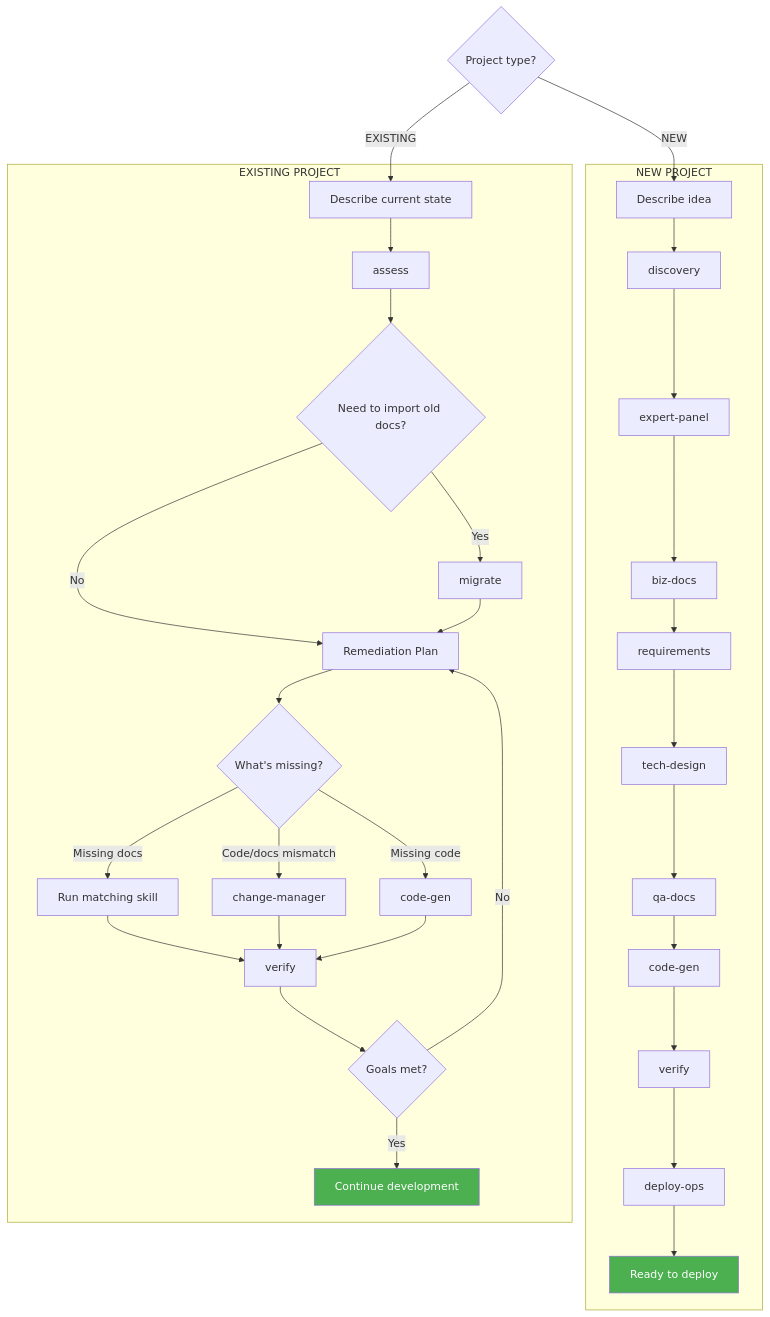
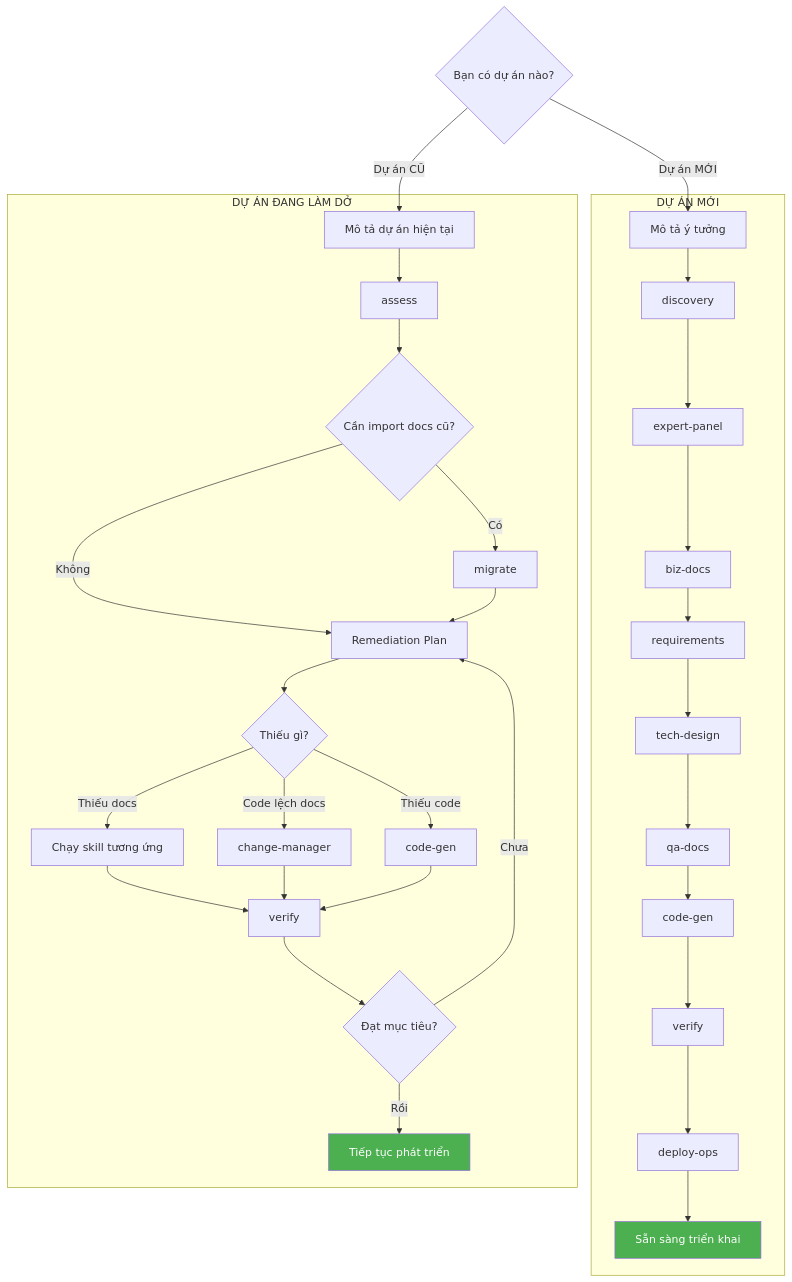
Before and after one commit to hanoibanhcuon/MCV3-Plugin: the diagram in README.md, drawn with Mermaid. The commit also changed other lines of this file, not shown here.

````diff
--- a/README.md
+++ b/README.md
@@ -121,39 +246,39 @@
 ```mermaid
 graph TD
-    START{Project type?} -->|NEW| NEW_START
-    START -->|EXISTING| OLD_START
+    START{Bạn có dự án nào?} -->|Dự án MỚI| NEW_START
+    START -->|Dự án CŨ| OLD_START
 
-    subgraph WF1[NEW PROJECT]
-    NEW_START[Describe idea] --> N1[discovery]
+    subgraph WF1[DỰ ÁN MỚI]
+    NEW_START[Mô tả ý tưởng] --> N1[discovery]
     N1 --> N2[expert-panel]
     N2 --> N3[biz-docs]
     N3 --> N4[requirements]
     N4 --> N5[tech-design]
     N5 --> N6[qa-docs]
     N6 --> N7[code-gen]
     N7 --> N8[verify]
     N8 --> N9[deploy-ops]
-    N9 --> DONE1[Ready to deploy]
+    N9 --> DONE1[Sẵn sàng triển khai]
     end
 
-    subgraph WF2[EXISTING PROJECT]
-    OLD_START[Describe current state] --> O1[assess]
-    O1 --> O2{Need to import old docs?}
-    O2 -->|Yes| O3[migrate]
-    O2 -->|No| O4[Remediation Plan]
+    subgraph WF2[DỰ ÁN ĐANG LÀM DỞ]
+    OLD_START[Mô tả dự án hiện tại] --> O1[assess]
+    O1 --> O2{Cần import docs cũ?}
+    O2 -->|Có| O3[migrate]
+    O2 -->|Không| O4[Remediation Plan]
     O3 --> O4
-    O4 --> O5{What's missing?}
-    O5 -->|Missing docs| O6[Run matching skill]
-    O5 -->|Code/docs mismatch| O7[change-manager]
-    O5 -->|Missing code| O8[code-gen]
+    O4 --> O5{Thiếu gì?}
+    O5 -->|Thiếu docs| O6[Chạy skill tương ứng]
+    O5 -->|Code lệch docs| O7[change-manager]
+    O5 -->|Thiếu code| O8[code-gen]
     O6 --> O9[verify]
     O7 --> O9
     O8 --> O9
-    O9 --> O10{Goals met?}
-    O10 -->|No| O4
-    O10 -->|Yes| DONE2[Continue development]
+    O9 --> O10{Đạt mục tiêu?}
+    O10 -->|Chưa| O4
+    O10 -->|Rồi| DONE2[Tiếp tục phát triển]
     end
 
     style DONE1 fill:#4CAF50,color:#fff
     style DONE2 fill:#4CAF50,color:#fff
 ```
````
